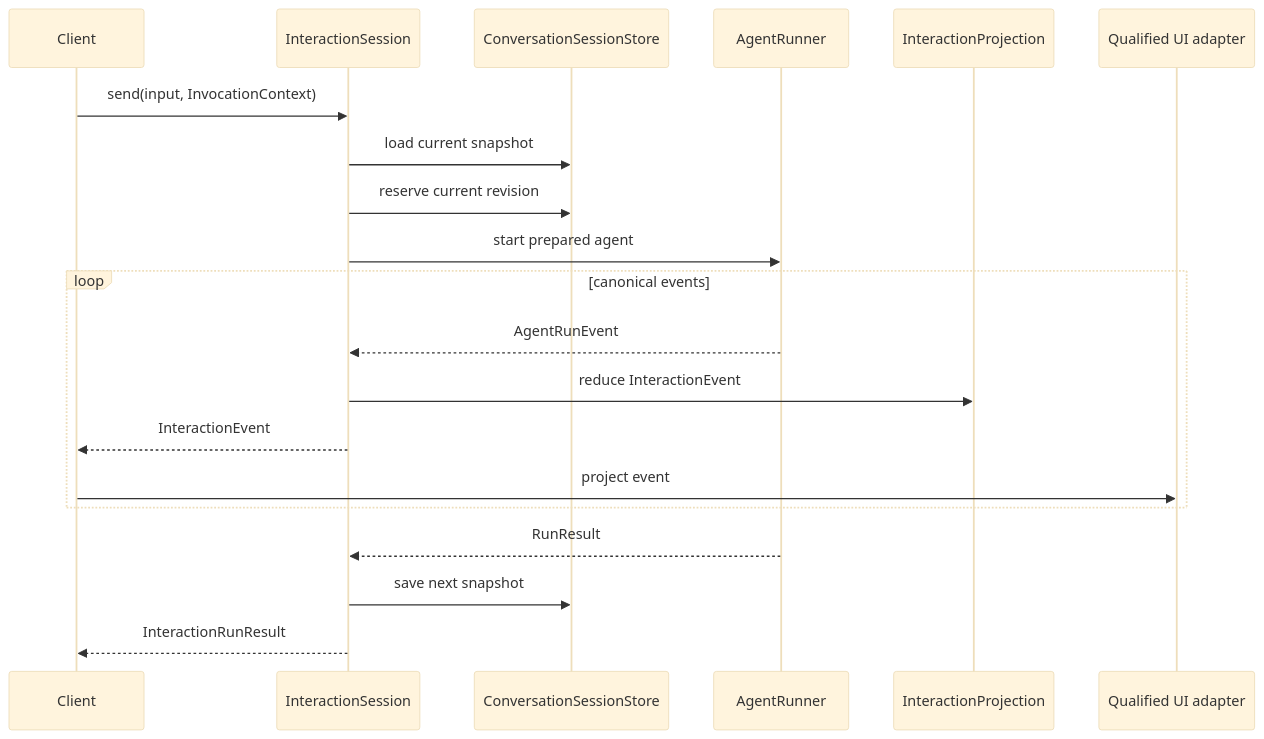
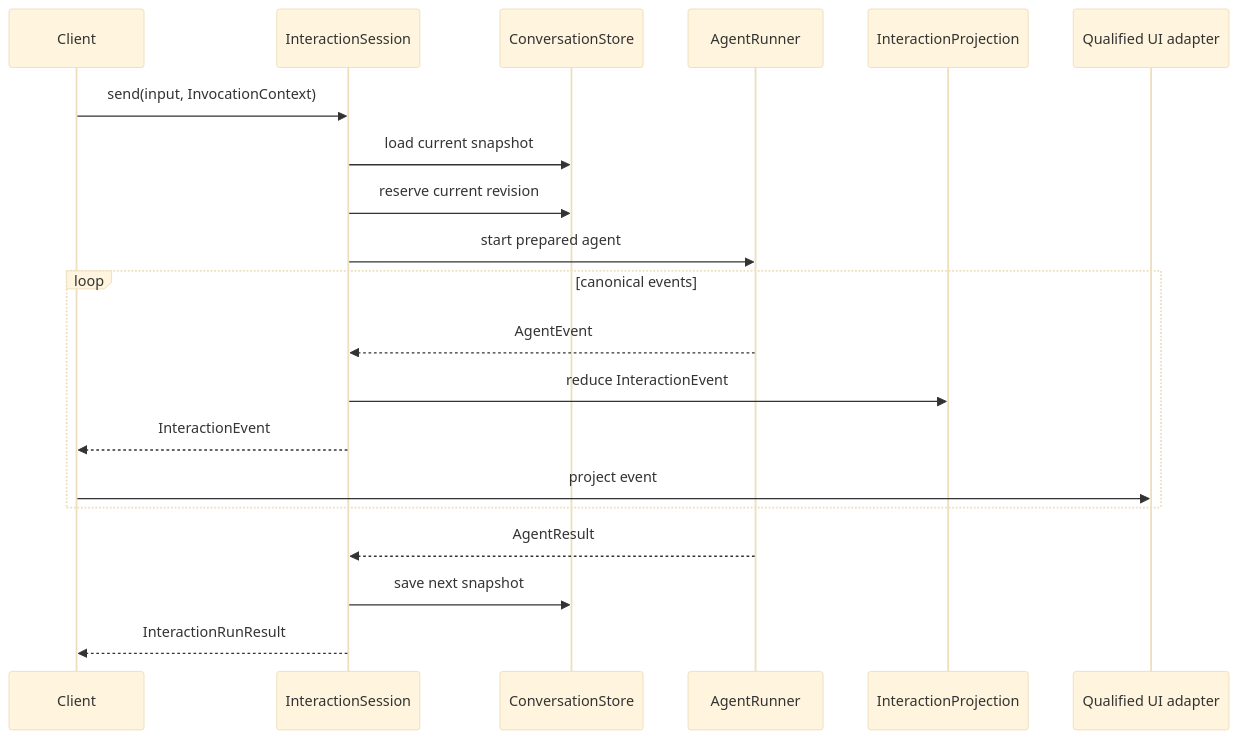
Before and after one commit to theGeekist/llm-core: the diagram in docs/interaction/index.md, drawn with Mermaid (base theme). The commit also changed other lines of this file and 203 other files, not shown here.

````diff
--- a/docs/interaction/index.md
+++ b/docs/interaction/index.md
@@ -8,23 +15,23 @@
 ```mermaid
 sequenceDiagram
   participant Client
   participant Session as InteractionSession
-  participant Store as ConversationSessionStore
+  participant Store as ConversationStore
   participant Runner as AgentRunner
   participant Projection as InteractionProjection
   participant UI as Qualified UI adapter
 
   Client->>Session: send(input, InvocationContext)
   Session->>Store: load current snapshot
   Session->>Store: reserve current revision
   Session->>Runner: start prepared agent
   loop canonical events
-    Runner-->>Session: AgentRunEvent
+    Runner-->>Session: AgentEvent
     Session->>Projection: reduce InteractionEvent
     Session-->>Client: InteractionEvent
     Client->>UI: project event
   end
-  Runner-->>Session: RunResult
+  Runner-->>Session: AgentResult
   Session->>Store: save next snapshot
   Session-->>Client: InteractionRunResult
 ```
````
